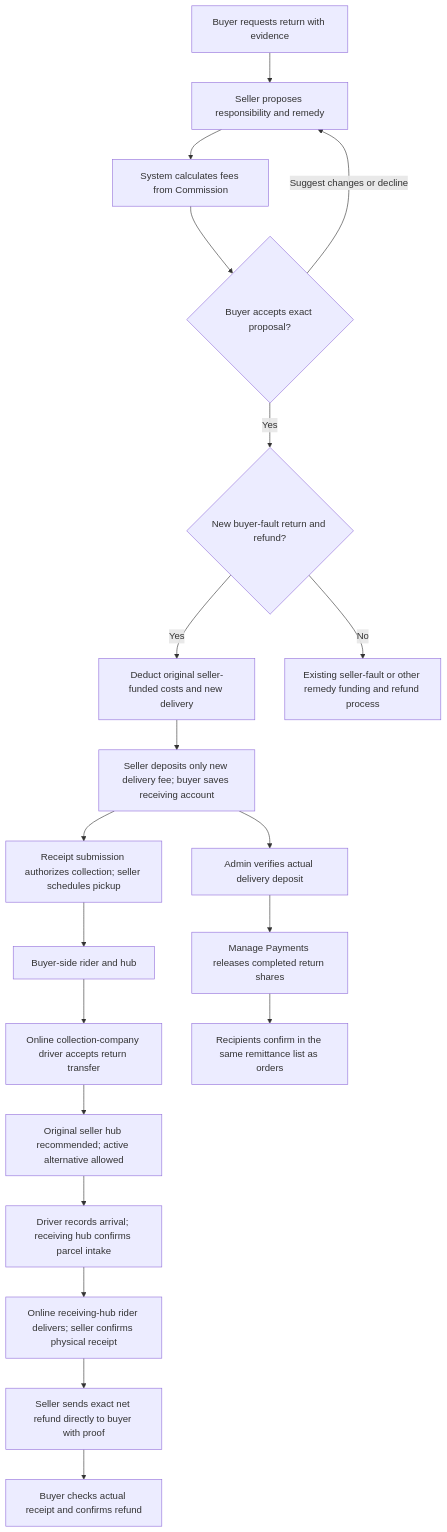
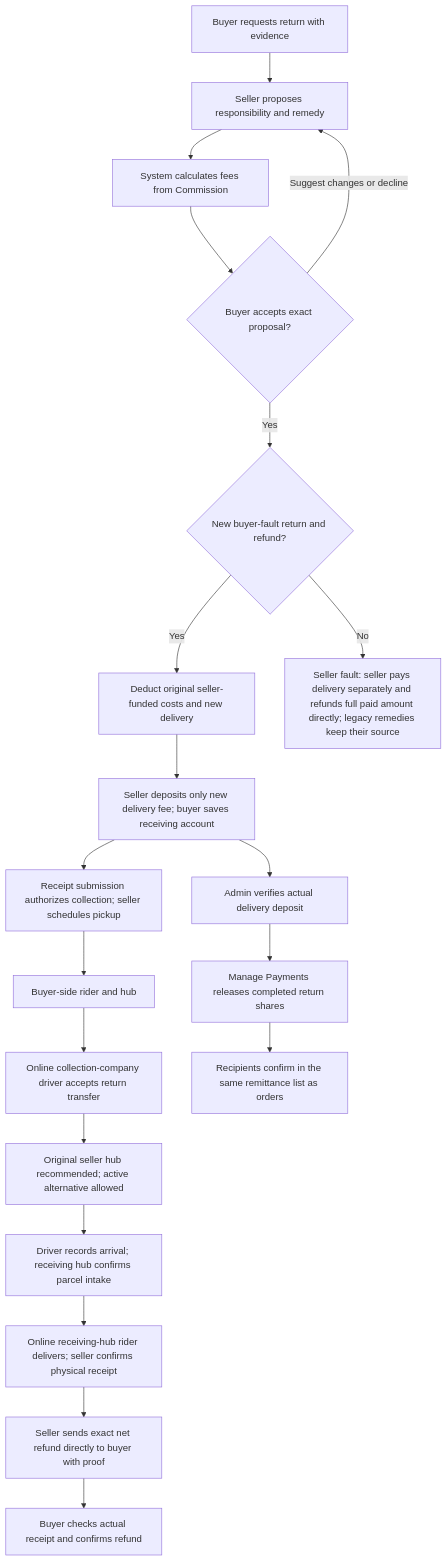
One commit to reneerosetuason/invoiz-integrated-system changed the second of 5 diagrams in docs/flows/order-return-escrow.md. Above: the diagram before and after it, drawn with Mermaid. The commit also changed other lines of this file and 39 other files, not shown here.

Commit message:
tested every refund type except seller fault

````diff
--- a/docs/flows/order-return-escrow.md
+++ b/docs/flows/order-return-escrow.md
@@ -33,22 +33,22 @@
 ```mermaid
 flowchart TD
     A[Buyer requests return with evidence] --> B[Seller proposes responsibility and remedy]
     B --> C[System calculates fees from Commission]
     C --> D{Buyer accepts exact proposal?}
     D -->|Suggest changes or decline| B
     D -->|Yes| E{New buyer-fault return and refund?}
     E -->|Yes| F[Deduct original seller-funded costs and new delivery]
     F --> G[Seller deposits only new delivery fee; buyer saves receiving account]
     G --> H[Receipt submission authorizes collection; seller schedules pickup]
     H --> I[Buyer-side rider and hub]
     I --> J[Online collection-company driver accepts return transfer]
     J --> J2[Original seller hub recommended; active alternative allowed]
     J2 --> J3[Driver records arrival; receiving hub confirms parcel intake]
     J3 --> K[Online receiving-hub rider delivers; seller confirms physical receipt]
     K --> L[Seller sends exact net refund directly to buyer with proof]
     L --> M[Buyer checks actual receipt and confirms refund]
     G --> N[Admin verifies actual delivery deposit]
     N --> O[Manage Payments releases completed return shares]
     O --> P[Recipients confirm in the same remittance list as orders]
-    E -->|No| Q[Existing seller-fault or other remedy funding and refund process]
+    E -->|No| Q[Seller fault: seller pays delivery separately and refunds full paid amount directly; legacy remedies keep their source]
 ```
````
